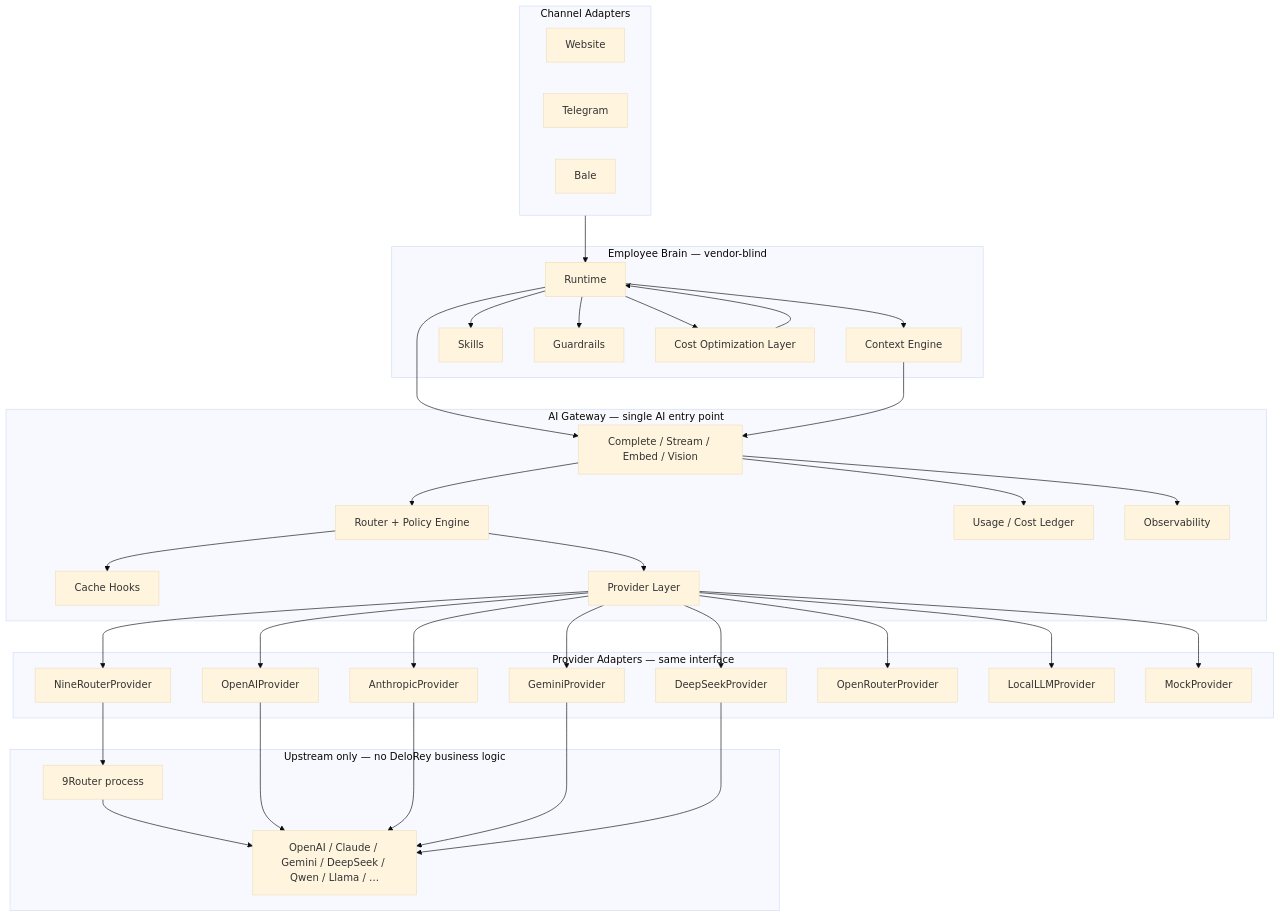
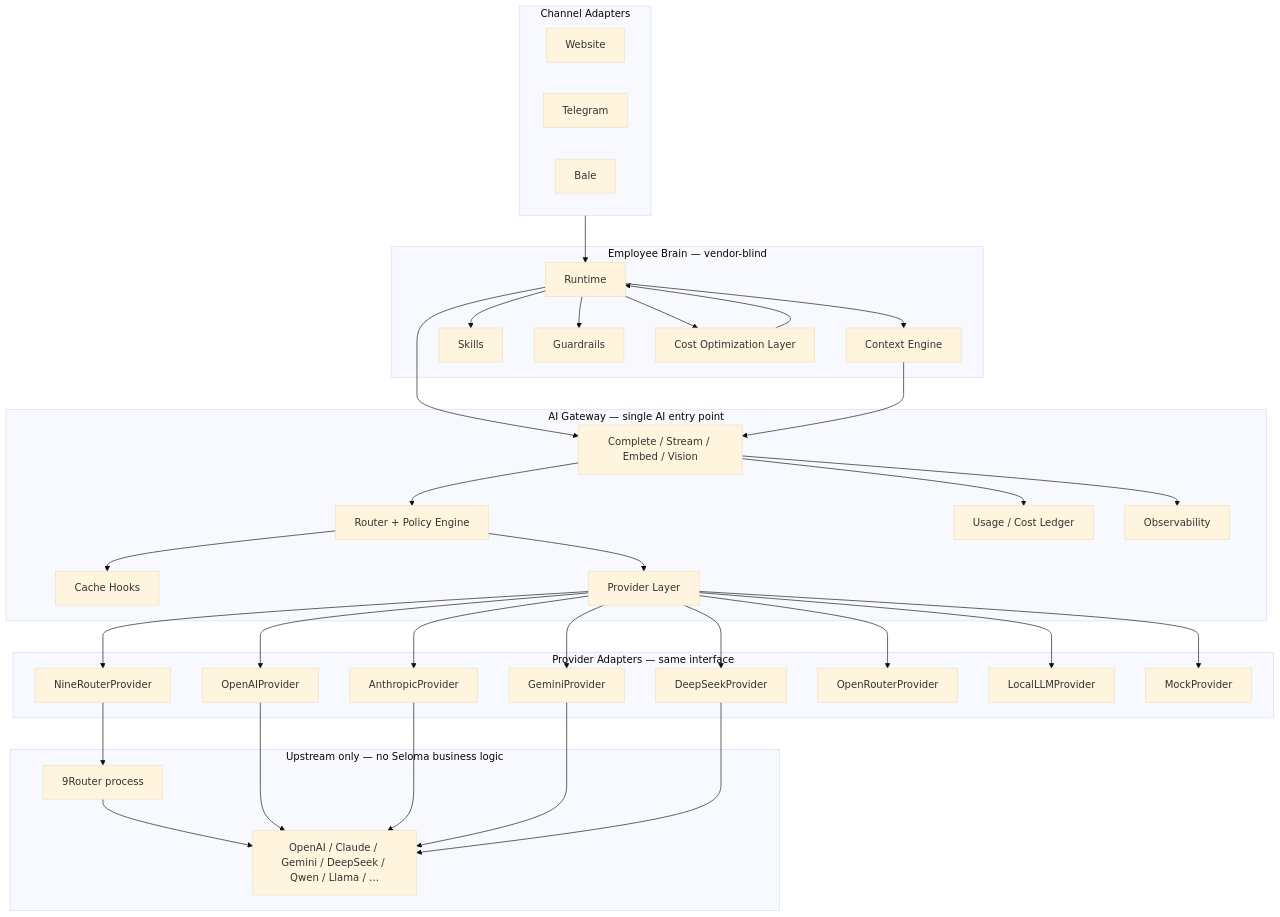
One commit to meteor7495/delorey-ai changed the first of 2 diagrams in docs/03-architecture/ai-provider-layer.md. Above: the diagram before and after it, drawn with Mermaid (base theme). The commit also changed other lines of this file and 149 other files, not shown here.

````diff
--- a/docs/03-architecture/ai-provider-layer.md
+++ b/docs/03-architecture/ai-provider-layer.md
@@ -51,58 +51,58 @@
 ```mermaid
 flowchart TB
   subgraph channels [Channel Adapters]
     W[Website]
     T[Telegram]
     B[Bale]
   end
 
   subgraph brain [Employee Brain — vendor-blind]
     RT[Runtime]
     CTX[Context Engine]
     SK[Skills]
     GR[Guardrails]
     COST[Cost Optimization Layer]
   end
 
   subgraph gateway [AI Gateway — single AI entry point]
     API[Complete / Stream / Embed / Vision]
     RTR[Router + Policy Engine]
     CACHE[Cache Hooks]
     METER[Usage / Cost Ledger]
     OBS[Observability]
     PL[Provider Layer]
   end
 
   subgraph providers [Provider Adapters — same interface]
     N9[NineRouterProvider]
     OAI[OpenAIProvider]
     ANT[AnthropicProvider]
     GEM[GeminiProvider]
     DS[DeepSeekProvider]
     OR[OpenRouterProvider]
     LOC[LocalLLMProvider]
     MOCK[MockProvider]
   end
 
-  subgraph upstream [Upstream only — no DeloRey business logic]
+  subgraph upstream [Upstream only — no Seloma business logic]
     N9U[9Router process]
     VENDORS[OpenAI / Claude / Gemini / DeepSeek / Qwen / Llama / …]
   end
 
   channels --> RT
   RT --> COST
   COST --> RT
   RT --> CTX
   RT --> SK
   RT --> GR
   RT --> API
   CTX --> API
   API --> RTR
   RTR --> CACHE
   RTR --> PL
   PL --> N9 & OAI & ANT & GEM & DS & OR & LOC & MOCK
   N9 --> N9U --> VENDORS
   OAI & ANT & GEM & DS --> VENDORS
   API --> METER
   API --> OBS
 ```
````
